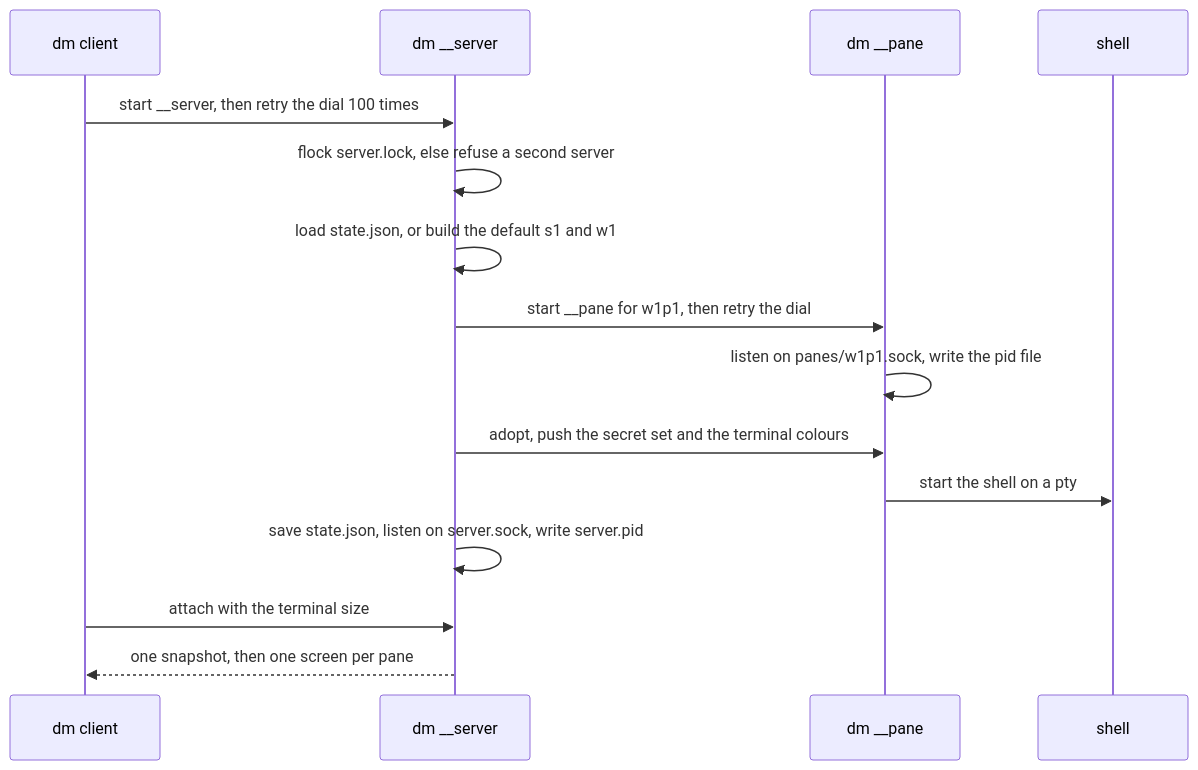
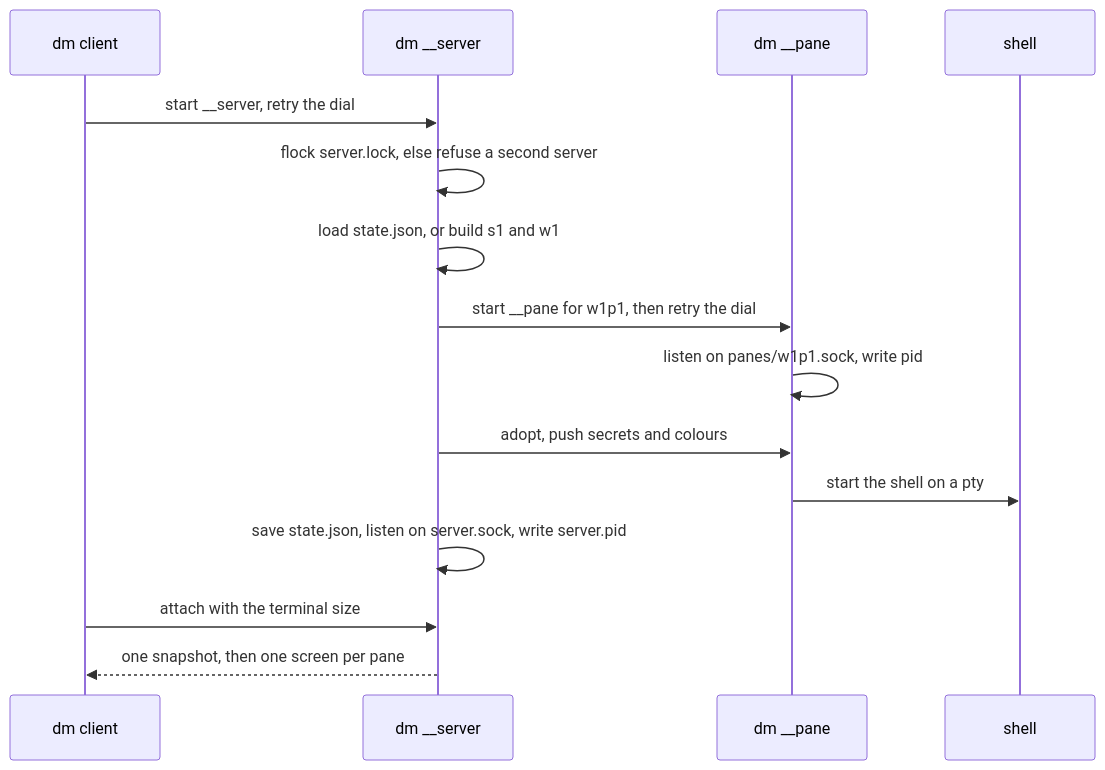
The second of 2 diagrams in docs/internals/01-entry-point.md (ladydascalie/dm), drawn with Mermaid before and after one commit. The commit also changed 9 other files, not shown here.

First line of the commit message:
docs: make the internals diagrams legible at a page width

````diff
--- a/docs/internals/01-entry-point.md
+++ b/docs/internals/01-entry-point.md
@@ -99,17 +99,17 @@
 ```mermaid
 sequenceDiagram
     participant C as dm client
     participant S as dm __server
     participant P as dm __pane
     participant H as shell
-    C->>S: start __server, then retry the dial 100 times
+    C->>S: start __server, retry the dial
     S->>S: flock server.lock, else refuse a second server
-    S->>S: load state.json, or build the default s1 and w1
+    S->>S: load state.json, or build s1 and w1
     S->>P: start __pane for w1p1, then retry the dial
-    P->>P: listen on panes/w1p1.sock, write the pid file
-    S->>P: adopt, push the secret set and the terminal colours
+    P->>P: listen on panes/w1p1.sock, write pid
+    S->>P: adopt, push secrets and colours
     P->>H: start the shell on a pty
     S->>S: save state.json, listen on server.sock, write server.pid
     C->>S: attach with the terminal size
     S-->>C: one snapshot, then one screen per pane
 ```
````
